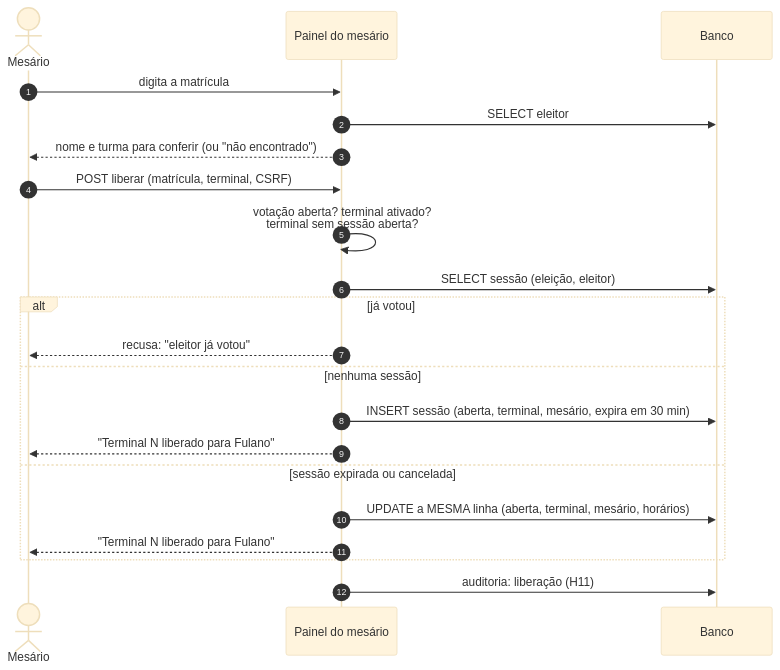
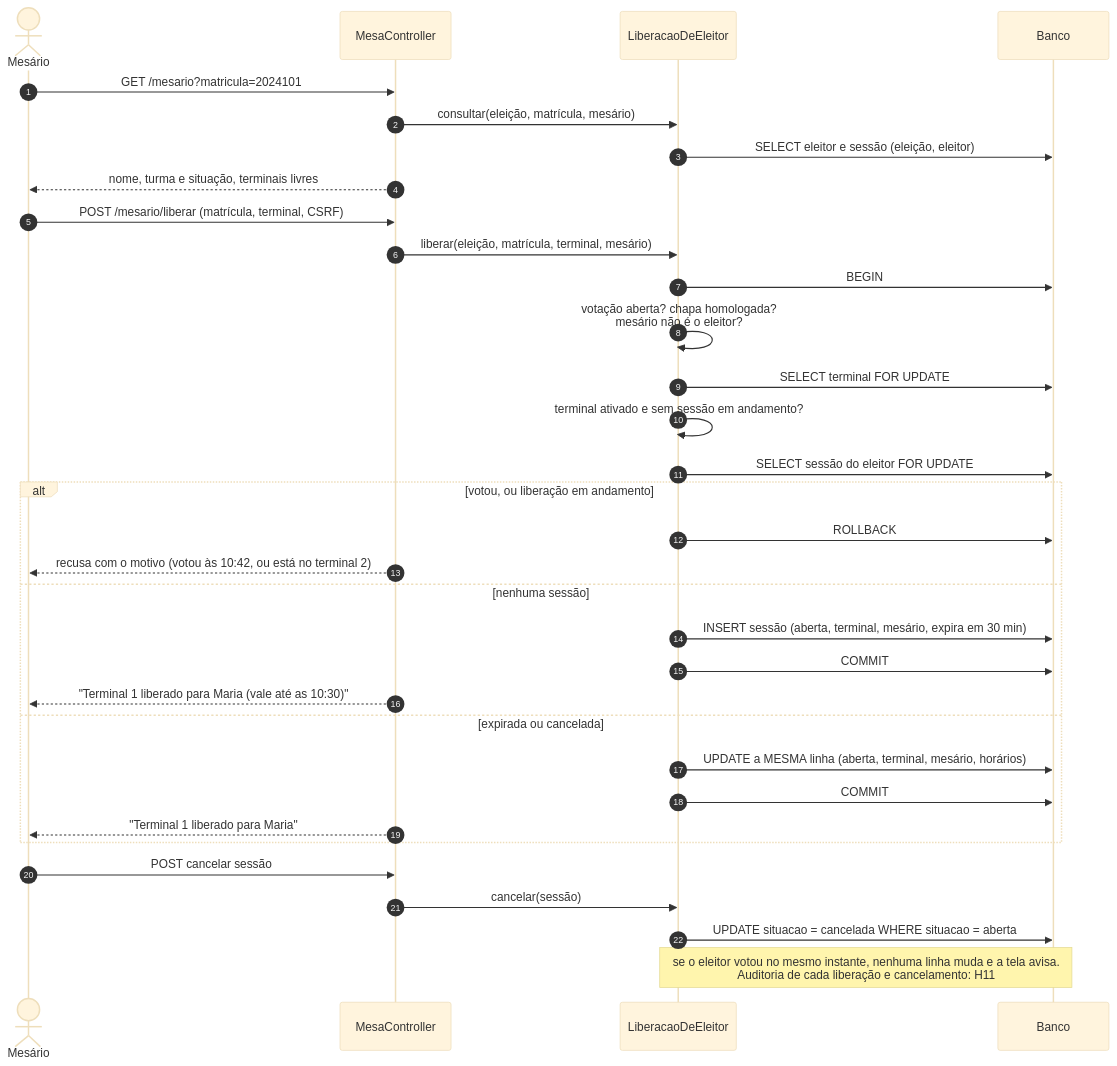
One commit to prof-ronildo-unicatolica/votacao-digitech changed the ninth of 10 diagrams in docs/DIAGRAMAS.md. Above: the diagram before and after it, drawn with Mermaid (base theme). The commit also changed other lines of this file and 18 other files, not shown here.

First line of the commit message:
feat: mesa receptora libera o eleitor no terminal (H6, D21)

````diff
--- a/docs/DIAGRAMAS.md
+++ b/docs/DIAGRAMAS.md
@@ -374,24 +374,36 @@
 ```mermaid
 sequenceDiagram
     autonumber
     actor Me as Mesário
-    participant P as Painel do mesário
+    participant C as MesaController
+    participant L as LiberacaoDeEleitor
     participant DB as Banco
 
-    Me->>P: digita a matrícula
-    P->>DB: SELECT eleitor
-    P-->>Me: nome e turma para conferir (ou "não encontrado")
-    Me->>P: POST liberar (matrícula, terminal, CSRF)
-    P->>P: votação aberta? terminal ativado?<br/>terminal sem sessão aberta?
-    P->>DB: SELECT sessão (eleição, eleitor)
-    alt já votou
-        P-->>Me: recusa: "eleitor já votou"
+    Me->>C: GET /mesario?matricula=2024101
+    C->>L: consultar(eleição, matrícula, mesário)
+    L->>DB: SELECT eleitor e sessão (eleição, eleitor)
+    C-->>Me: nome, turma e situação, terminais livres
+    Me->>C: POST /mesario/liberar (matrícula, terminal, CSRF)
+    C->>L: liberar(eleição, matrícula, terminal, mesário)
+    L->>DB: BEGIN
+    L->>L: votação aberta? chapa homologada?<br/>mesário não é o eleitor?
+    L->>DB: SELECT terminal FOR UPDATE
+    L->>L: terminal ativado e sem sessão em andamento?
+    L->>DB: SELECT sessão do eleitor FOR UPDATE
+    alt votou, ou liberação em andamento
+        L->>DB: ROLLBACK
+        C-->>Me: recusa com o motivo (votou às 10:42, ou está no terminal 2)
     else nenhuma sessão
-        P->>DB: INSERT sessão (aberta, terminal, mesário, expira em 30 min)
-        P-->>Me: "Terminal N liberado para Fulano"
-    else sessão expirada ou cancelada
-        P->>DB: UPDATE a MESMA linha (aberta, terminal, mesário, horários)
-        P-->>Me: "Terminal N liberado para Fulano"
+        L->>DB: INSERT sessão (aberta, terminal, mesário, expira em 30 min)
+        L->>DB: COMMIT
+        C-->>Me: "Terminal 1 liberado para Maria (vale até as 10:30)"
+    else expirada ou cancelada
+        L->>DB: UPDATE a MESMA linha (aberta, terminal, mesário, horários)
+        L->>DB: COMMIT
+        C-->>Me: "Terminal 1 liberado para Maria"
     end
-    P->>DB: auditoria: liberação (H11)
+    Me->>C: POST cancelar sessão
+    C->>L: cancelar(sessão)
+    L->>DB: UPDATE situacao = cancelada WHERE situacao = aberta
+    Note over L,DB: se o eleitor votou no mesmo instante, nenhuma linha muda e a tela avisa.<br/>Auditoria de cada liberação e cancelamento: H11
 ```
````
